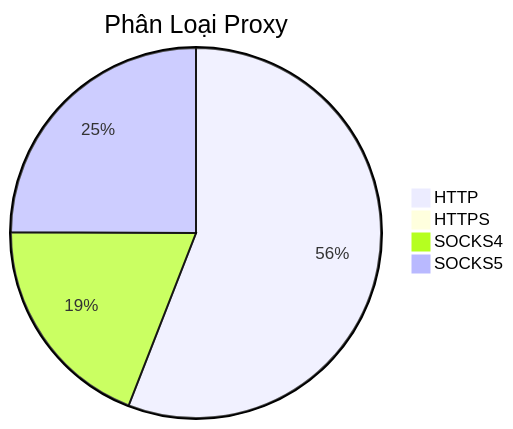
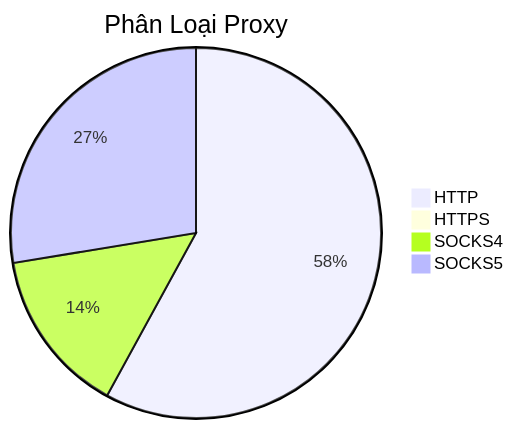
Before and after one commit to Ciara-12/PROXY-free: the diagram in README.md, drawn with Mermaid. The commit also changed other lines of this file and 4 other files, not shown here.

````diff
--- a/README.md
+++ b/README.md
@@ -26,7 +26,7 @@
 ```mermaid
 pie title Phân Loại Proxy
-    "HTTP" : 774
-    "HTTPS" : 7
-    "SOCKS4" : 265
-    "SOCKS5" : 345
+    "HTTP" : 666
+    "HTTPS" : 5
+    "SOCKS4" : 166
+    "SOCKS5" : 317
 ```
````
